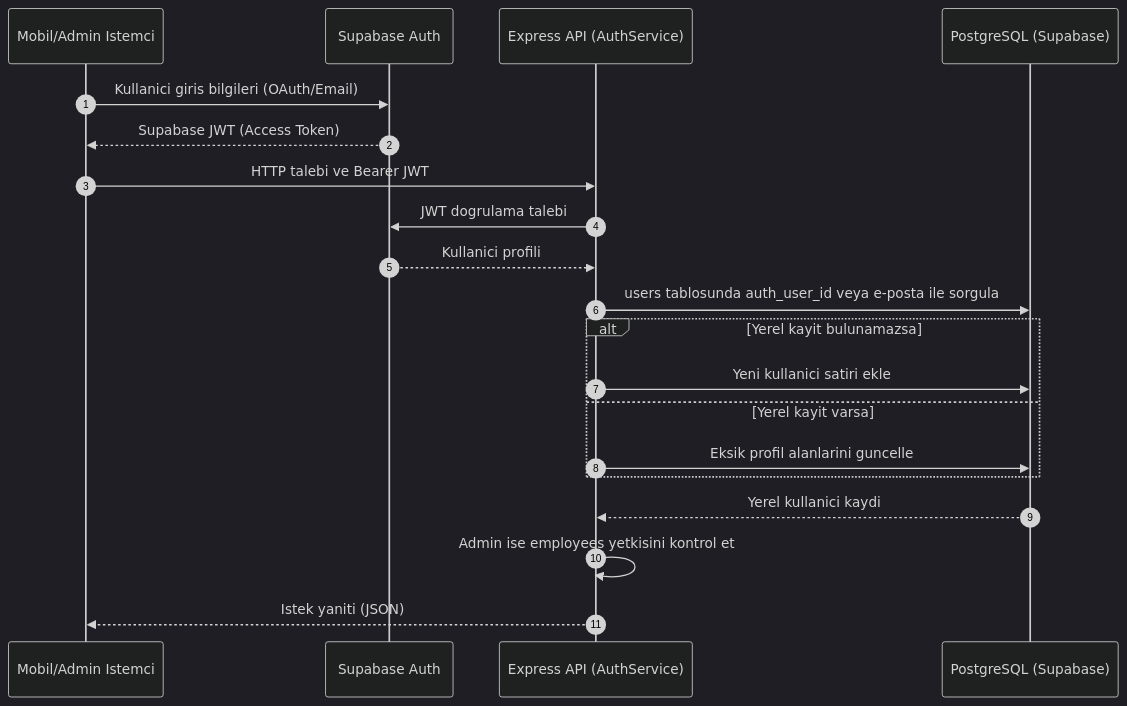
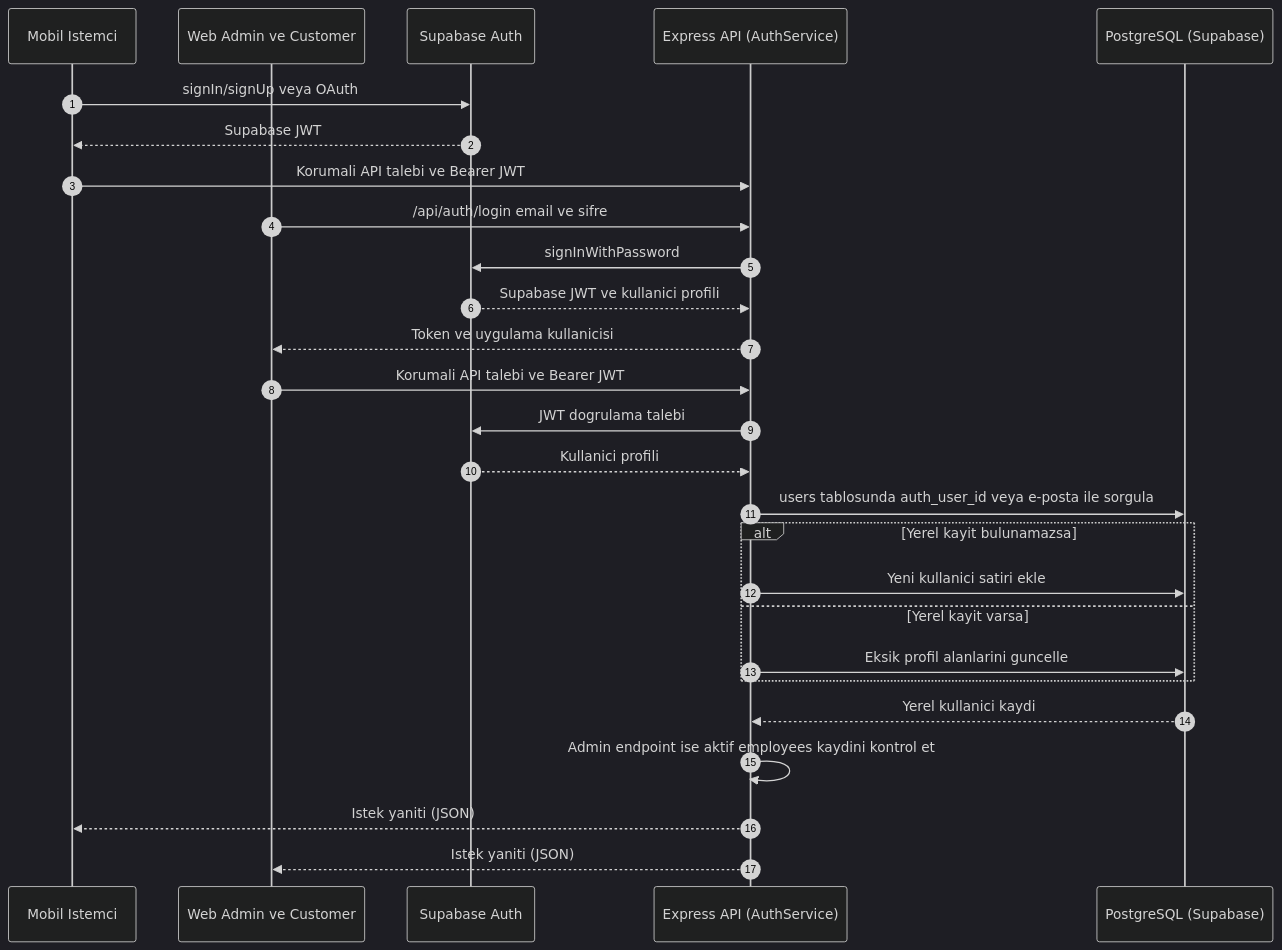
Before and after one commit to DevBD1/cms-voltops: the second of 3 diagrams in README.md, drawn with Mermaid (dark theme). The commit also changed other lines of this file, not shown here.

Commit message:
docs: validate project report flows

````diff
--- a/README.md
+++ b/README.md
@@ -94,23 +97,30 @@
 ```mermaid
 sequenceDiagram
     autonumber
-    participant Client as Mobil/Admin Istemci
+    participant Mobile as Mobil Istemci
+    participant Web as Web Admin ve Customer
     participant SupaAuth as Supabase Auth
     participant API as Express API (AuthService)
     participant DB as PostgreSQL (Supabase)
 
-    Client->>SupaAuth: Kullanici giris bilgileri (OAuth/Email)
-    SupaAuth-->>Client: Supabase JWT (Access Token)
-    Client->>API: HTTP talebi ve Bearer JWT
+    Mobile->>SupaAuth: signIn/signUp veya OAuth
+    SupaAuth-->>Mobile: Supabase JWT
+    Mobile->>API: Korumali API talebi ve Bearer JWT
+    Web->>API: /api/auth/login email ve sifre
+    API->>SupaAuth: signInWithPassword
+    SupaAuth-->>API: Supabase JWT ve kullanici profili
+    API-->>Web: Token ve uygulama kullanicisi
+    Web->>API: Korumali API talebi ve Bearer JWT
     API->>SupaAuth: JWT dogrulama talebi
     SupaAuth-->>API: Kullanici profili
     API->>DB: users tablosunda auth_user_id veya e-posta ile sorgula
     alt Yerel kayit bulunamazsa
         API->>DB: Yeni kullanici satiri ekle
     else Yerel kayit varsa
         API->>DB: Eksik profil alanlarini guncelle
     end
     DB-->>API: Yerel kullanici kaydi
-    API->>API: Admin ise employees yetkisini kontrol et
-    API-->>Client: Istek yaniti (JSON)
+    API->>API: Admin endpoint ise aktif employees kaydini kontrol et
+    API-->>Mobile: Istek yaniti (JSON)
+    API-->>Web: Istek yaniti (JSON)
 ```
````
